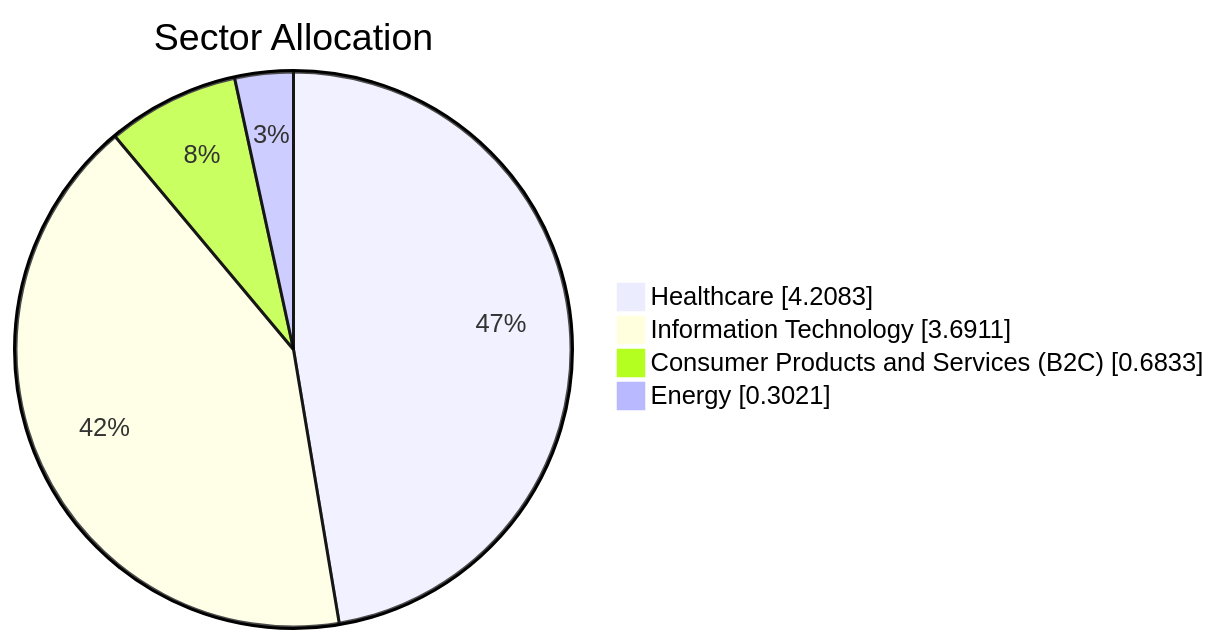
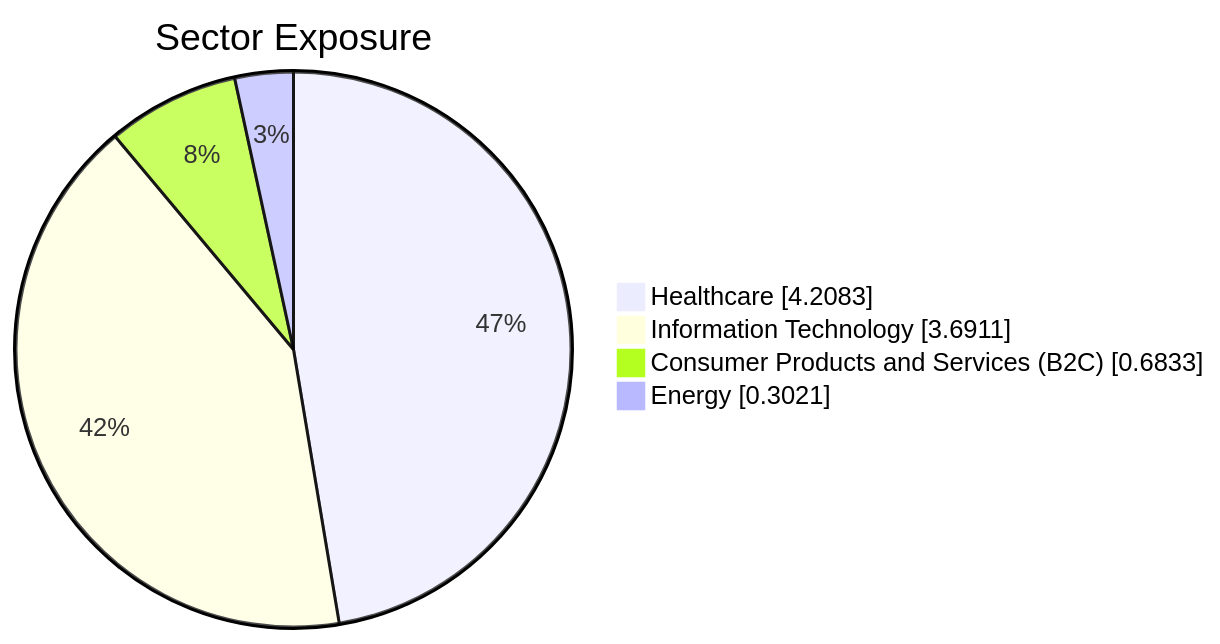
Before and after one commit to Liangxiao-LI/Quant_projects: the second of 3 diagrams in VCAnalysis/MEIF_Dashboard/README.md, drawn with Mermaid. The commit also changed other lines of this file and 2 other files, not shown here.

````diff
--- a/VCAnalysis/MEIF_Dashboard/README.md
+++ b/VCAnalysis/MEIF_Dashboard/README.md
@@ -60,8 +75,8 @@
 ```mermaid
 pie showData
-    title Sector Allocation
+    title Sector Exposure
     "Healthcare" : 4.2083
     "Information Technology" : 3.6911
     "Consumer Products and Services (B2C)" : 0.6833
     "Energy" : 0.3021
 ```
````
